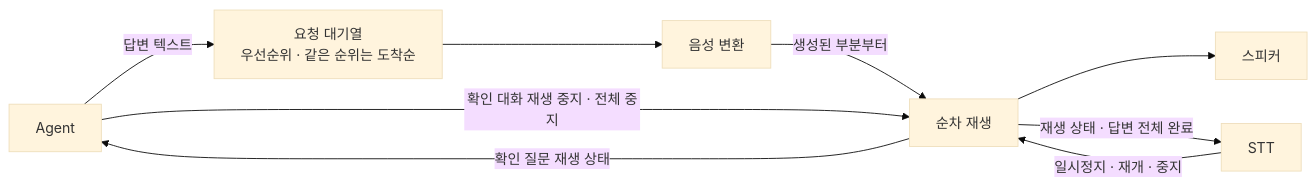
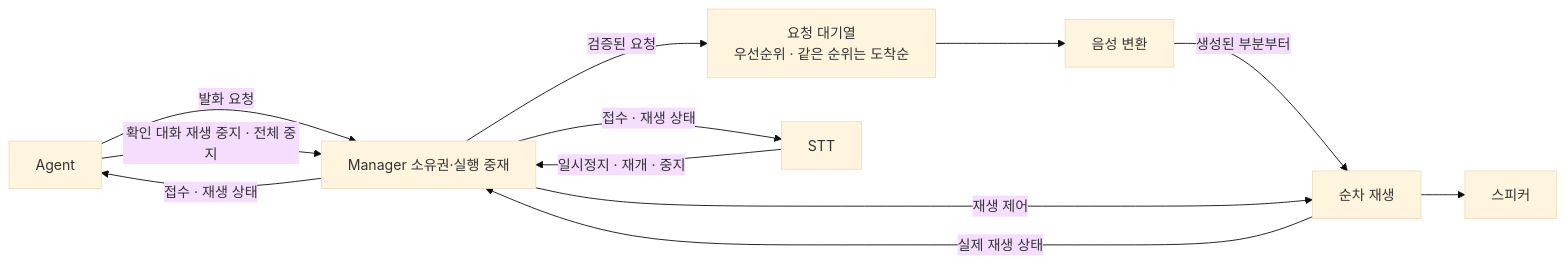
The first of 2 diagrams in malbut_test/malbut_tts/docs/tts_agent.md (SWM-malbut/malbut), drawn with Mermaid (base theme) before and after one commit. The commit also changed other lines of this file and 49 other files, not shown here.

````diff
--- a/malbut_test/malbut_tts/docs/tts_agent.md
+++ b/malbut_test/malbut_tts/docs/tts_agent.md
@@ -3,12 +3,15 @@
 ```mermaid
 flowchart LR
-    Agent["Agent"] -->|"답변 텍스트"| Queue["요청 대기열<br/>우선순위 · 같은 순위는 도착순"]
+    Agent["Agent"] -->|"발화 요청"| Manager["Manager 소유권·실행 중재"]
+    Manager -->|"검증된 요청"| Queue["요청 대기열<br/>우선순위 · 같은 순위는 도착순"]
     Queue --> TTS["음성 변환"]
     TTS -->|"생성된 부분부터"| Play["순차 재생"]
     Play --> Speaker["스피커"]
 
-    STT["STT"] -->|"일시정지 · 재개 · 중지"| Play
-    Agent -->|"확인 대화 재생 중지 · 전체 중지"| Play
-    Play -->|"재생 상태 · 답변 전체 완료"| STT
-    Play -->|"확인 질문 재생 상태"| Agent
+    STT["STT"] -->|"일시정지 · 재개 · 중지"| Manager
+    Agent -->|"확인 대화 재생 중지 · 전체 중지"| Manager
+    Manager -->|"재생 제어"| Play
+    Play -->|"실제 재생 상태"| Manager
+    Manager -->|"접수 · 재생 상태"| STT
+    Manager -->|"접수 · 재생 상태"| Agent
 ```
````
